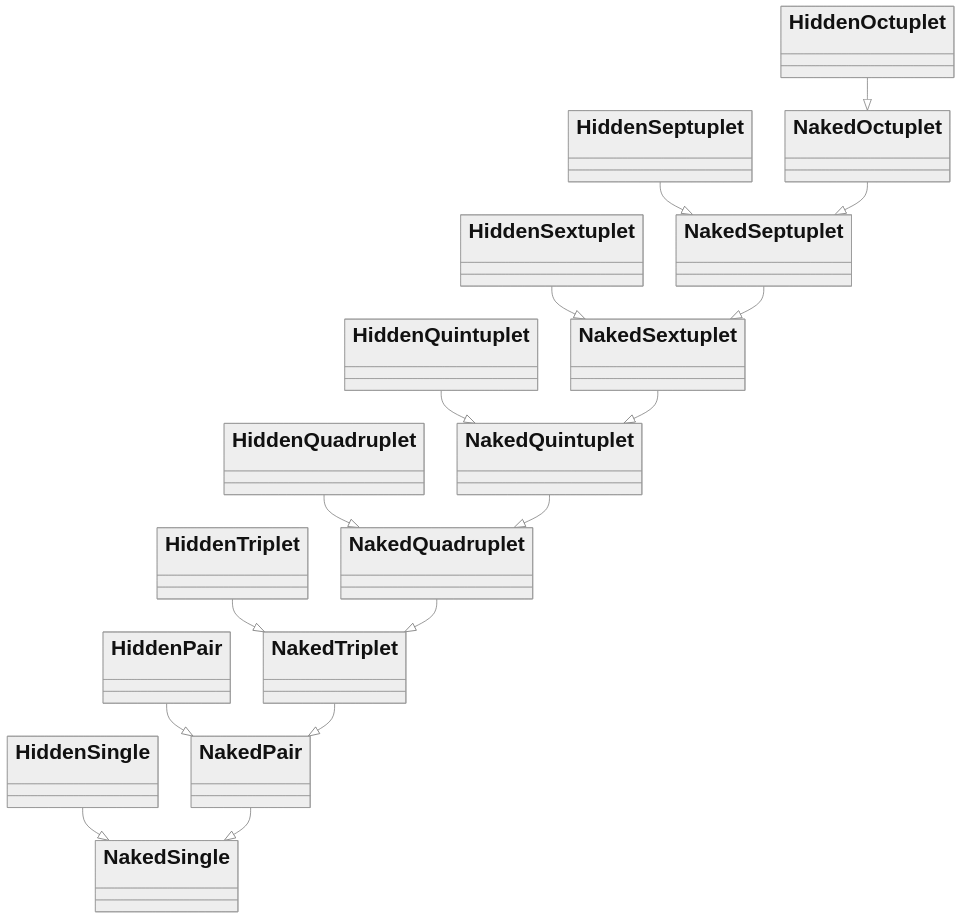
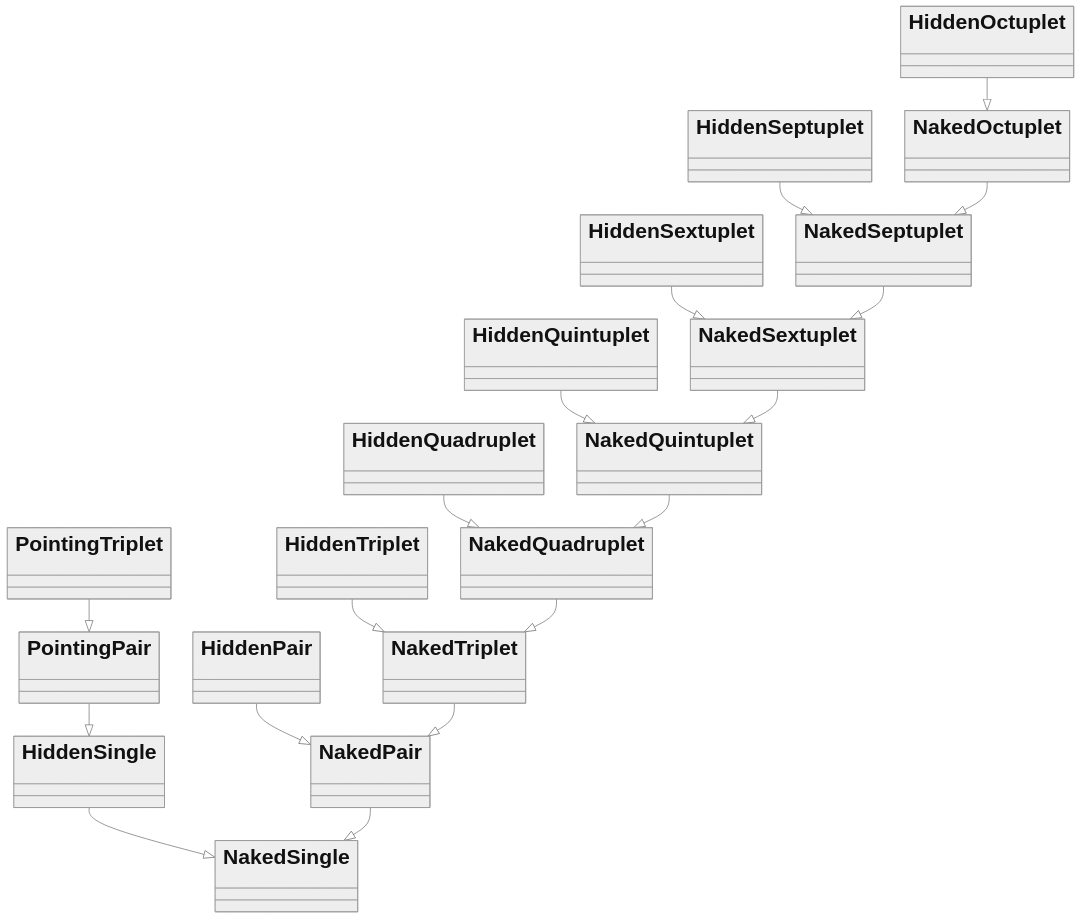
Before and after one commit to Sudokuru/Sudokuru: the diagram in PREREQS.md, drawn with Mermaid.

Commit message:
Added pointing set to PREREQS.md

````diff
--- a/PREREQS.md
+++ b/PREREQS.md
@@ -7,19 +7,21 @@
 ```mermaid
 %%{init: {'theme': 'neutral', 'themeVariables': { 'fontSize': '32px', 'fontFamily': 'arial'}}}%%
 classDiagram
     HiddenSingle --<| NakedSingle
     HiddenPair --<| NakedPair
     HiddenTriplet --<| NakedTriplet
     HiddenQuadruplet --<| NakedQuadruplet
     HiddenQuintuplet --<| NakedQuintuplet
     HiddenSextuplet --<| NakedSextuplet
     HiddenSeptuplet --<| NakedSeptuplet
     HiddenOctuplet --<| NakedOctuplet
     NakedPair --<| NakedSingle
     NakedTriplet --<| NakedPair
     NakedQuadruplet --<| NakedTriplet
     NakedQuintuplet --<| NakedQuadruplet
     NakedSextuplet --<| NakedQuintuplet
     NakedSeptuplet --<| NakedSextuplet
     NakedOctuplet --<| NakedSeptuplet
+    PointingPair --<| HiddenSingle
+    PointingTriplet --<| PointingPair
 ```
````
